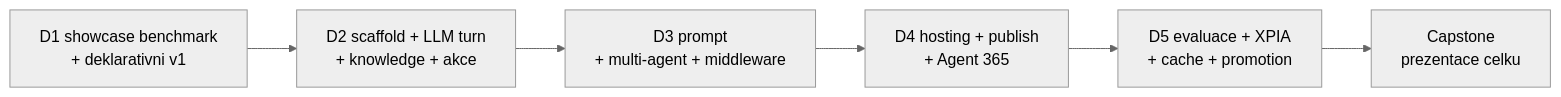
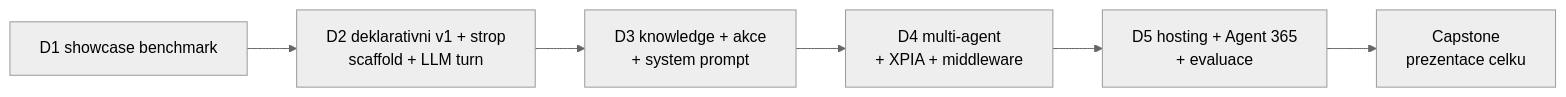
The diagram in agenda.md (MalasekPetr/gopas-spo_copilot), drawn with Mermaid (neutral theme) before and after one commit. The commit also changed other lines of this file and 61 other files, not shown here.

````diff
--- a/agenda.md
+++ b/agenda.md
@@ -127,8 +133,8 @@
 ```mermaid
 flowchart LR
-  D1[D1 showcase benchmark<br/>+ deklarativni v1] --> D2[D2 scaffold + LLM turn<br/>+ knowledge + akce]
-  D2 --> D3[D3 prompt<br/>+ multi-agent + middleware]
-  D3 --> D4[D4 hosting + publish<br/>+ Agent 365]
-  D4 --> D5[D5 evaluace + XPIA<br/>+ cache + promotion]
+  D1[D1 showcase benchmark] --> D2[D2 deklarativni v1 + strop<br/>scaffold + LLM turn]
+  D2 --> D3[D3 knowledge + akce<br/>+ system prompt]
+  D3 --> D4[D4 multi-agent<br/>+ XPIA + middleware]
+  D4 --> D5[D5 hosting + Agent 365<br/>+ evaluace]
   D5 --> C[Capstone<br/>prezentace celku]
 ```
````
